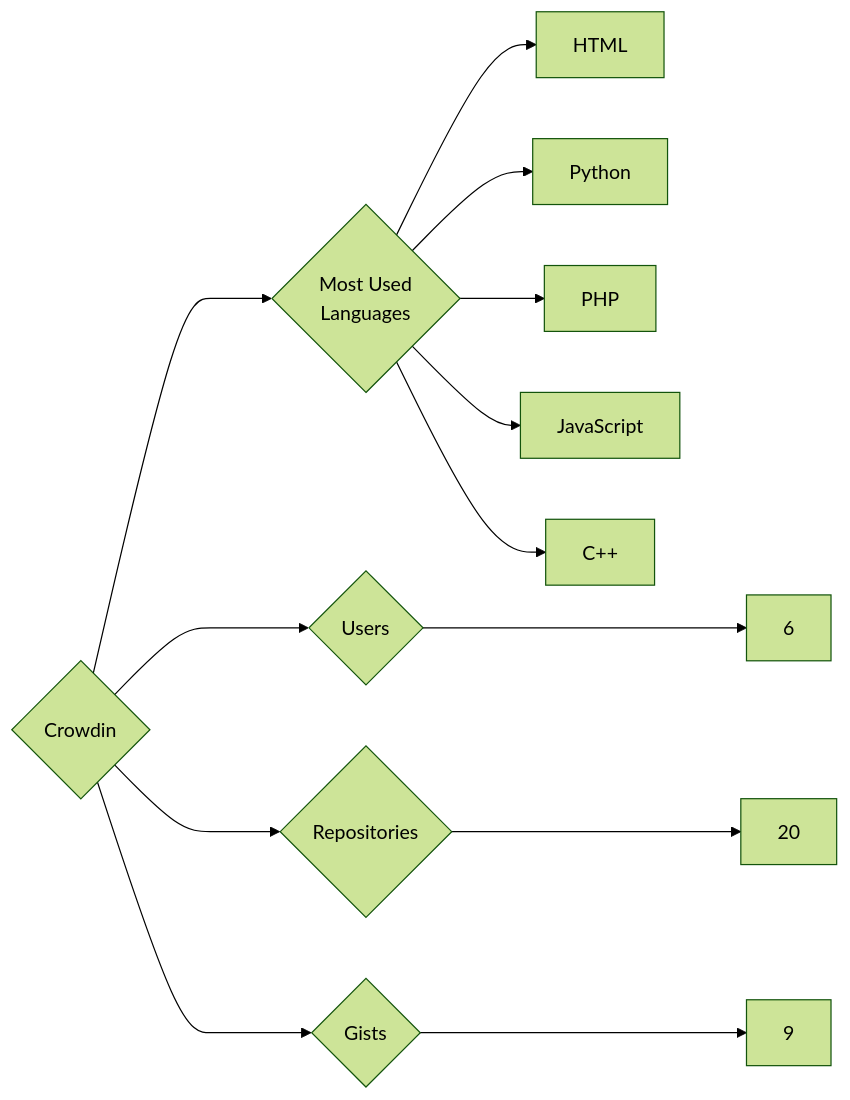
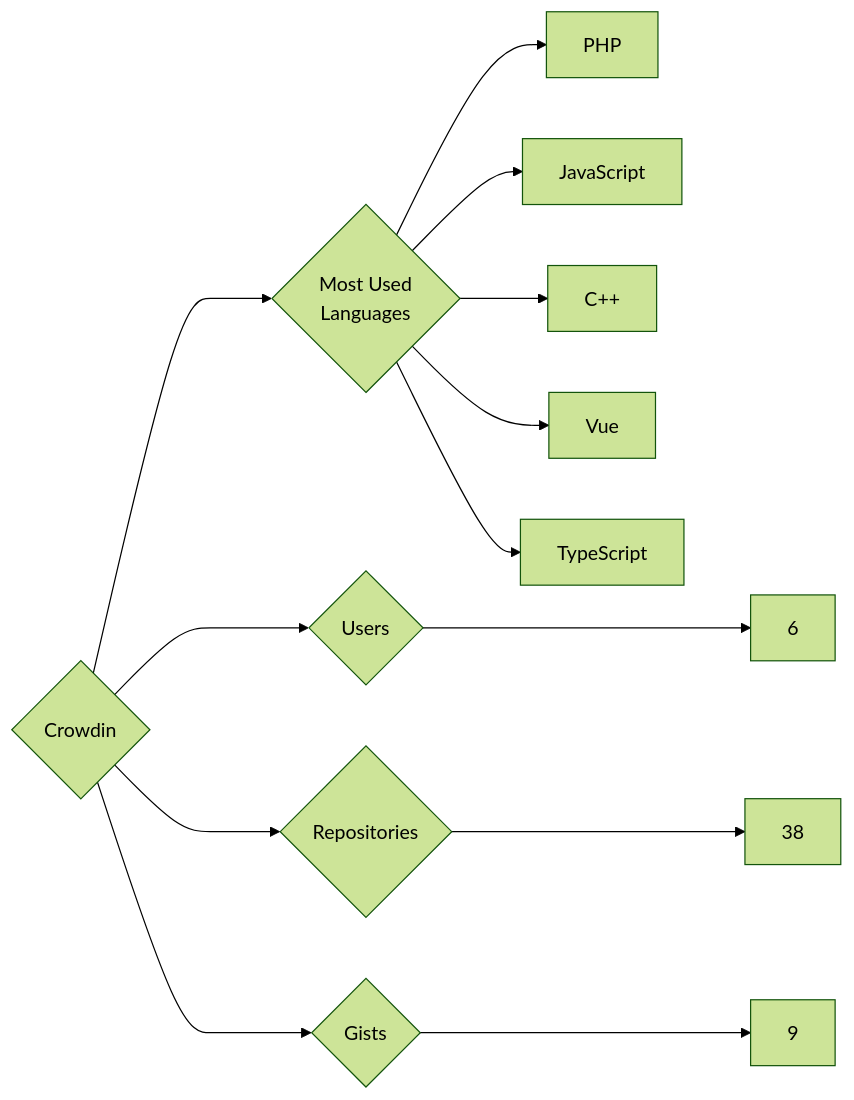
Before and after one commit to trickest/insiders: the diagram in targets/Crowdin/README.md, drawn with Mermaid (forest theme). The commit also changed 748 other files, not shown here.

````diff
--- a/targets/Crowdin/README.md
+++ b/targets/Crowdin/README.md
@@ -3,13 +3,13 @@
 ```mermaid
 graph LR
 COMPANY_NAME{Crowdin}
 COMPANY_NAME ---> U{Users} ---> UN[6]
-COMPANY_NAME ---> R{Repositories} ---> RN[20]
+COMPANY_NAME ---> R{Repositories} ---> RN[38]
 COMPANY_NAME ---> G{Gists} ---> GN[9]
 COMPANY_NAME ---> ML{Most Used<br>Languages}
-ML --> HTML[HTML]
-ML --> Python[Python]
 ML --> PHP[PHP]
 ML --> JavaScript[JavaScript]
 ML --> C++[C++]
+ML --> Vue[Vue]
+ML --> TypeScript[TypeScript]
 ```
````
